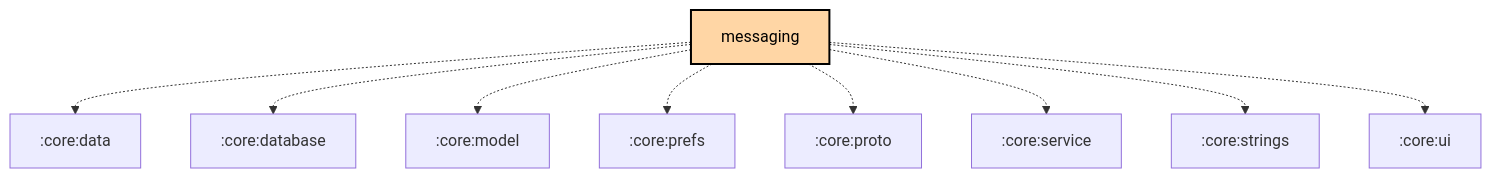
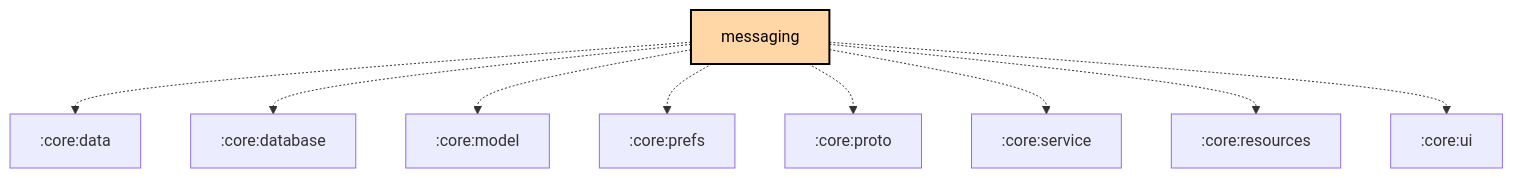
The diagram in feature/messaging/README.md (meshtastic/Meshtastic-Android), drawn with Mermaid before and after one commit. The commit also changed 321 other files, not shown here.

````diff
--- a/feature/messaging/README.md
+++ b/feature/messaging/README.md
@@ -26,23 +26,23 @@
 ```mermaid
 graph TB
   :feature:messaging[messaging]:::android-feature
   :feature:messaging -.-> :core:data
   :feature:messaging -.-> :core:database
   :feature:messaging -.-> :core:model
   :feature:messaging -.-> :core:prefs
   :feature:messaging -.-> :core:proto
   :feature:messaging -.-> :core:service
-  :feature:messaging -.-> :core:strings
+  :feature:messaging -.-> :core:resources
   :feature:messaging -.-> :core:ui
 
 classDef android-application fill:#CAFFBF,stroke:#000,stroke-width:2px,color:#000;
 classDef android-application-compose fill:#CAFFBF,stroke:#000,stroke-width:2px,color:#000;
 classDef android-feature fill:#FFD6A5,stroke:#000,stroke-width:2px,color:#000;
 classDef android-library fill:#9BF6FF,stroke:#000,stroke-width:2px,color:#000;
 classDef android-library-compose fill:#9BF6FF,stroke:#000,stroke-width:2px,color:#000;
 classDef android-test fill:#A0C4FF,stroke:#000,stroke-width:2px,color:#000;
 classDef jvm-library fill:#BDB2FF,stroke:#000,stroke-width:2px,color:#000;
 classDef kmp-library fill:#FFC1CC,stroke:#000,stroke-width:2px,color:#000;
 classDef unknown fill:#FFADAD,stroke:#000,stroke-width:2px,color:#000;
 
 ```
````
